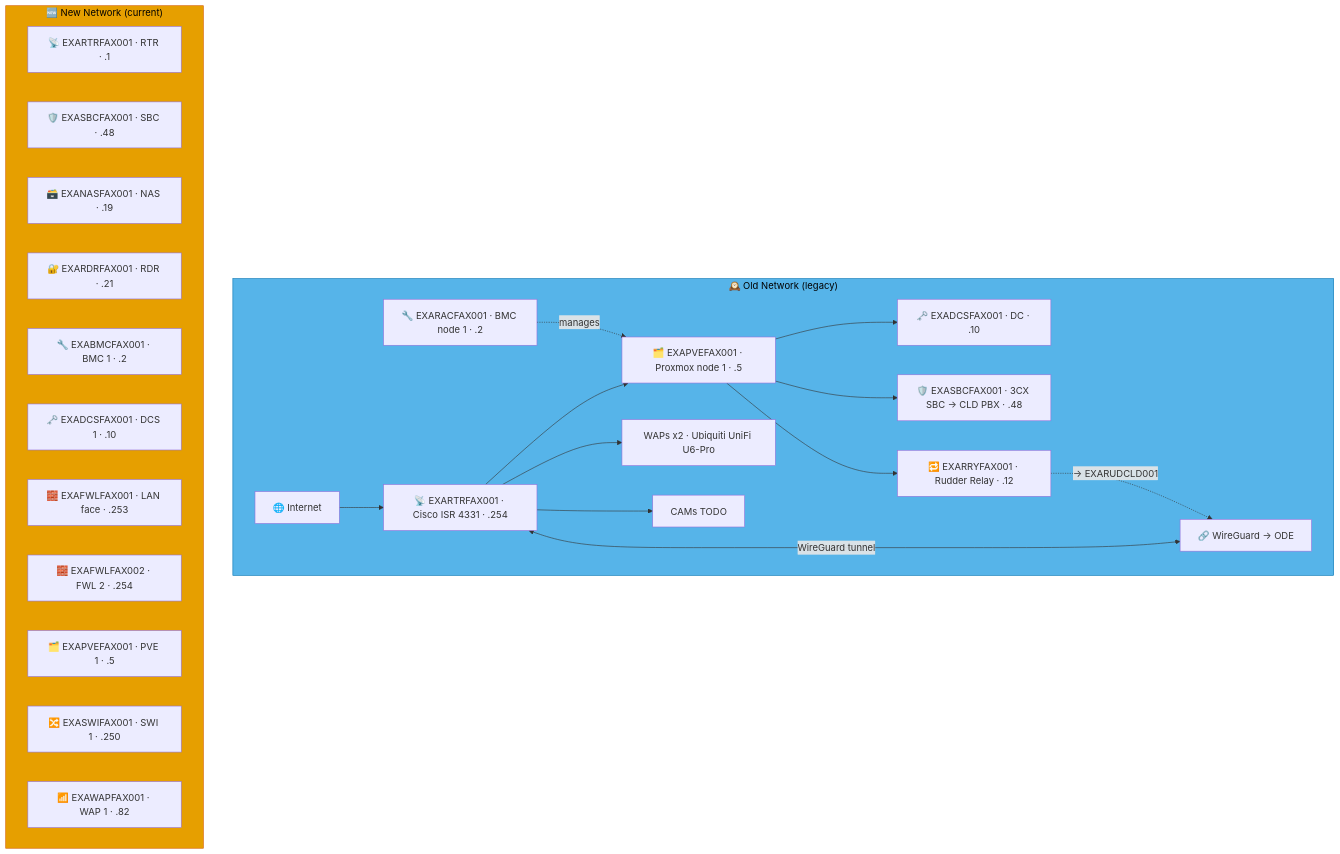
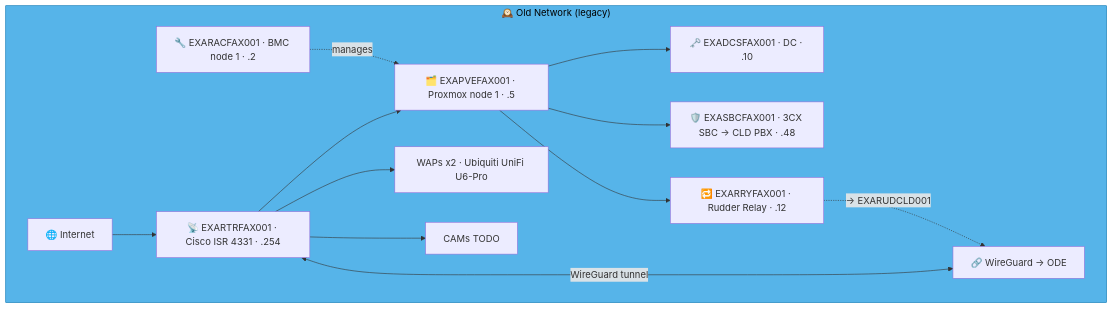
The seventh of 18 diagrams in docs/network-diagram/danmark.md (knightmare2600/example_music_infra), drawn with Mermaid before and after one commit. The commit also changed other lines of this file and 35 other files, not shown here.

````diff
--- a/docs/network-diagram/danmark.md
+++ b/docs/network-diagram/danmark.md
@@ -225,40 +288,24 @@
 ```mermaid
 graph TD
     subgraph OLD_FAX ["🕰️ Old Network (legacy)"]
       INET["🌐 Internet"]
       RTR["📡 EXARTRFAX001 · Cisco ISR 4331 · .254"]
       RAC["🔧 EXARACFAX001 · BMC node 1 · .2"]
       PVE["🗂️ EXAPVEFAX001 · Proxmox node 1 · .5"]
       DC["🗝️ EXADCSFAX001 · DC · .10"]
       SBC["🛡️ EXASBCFAX001 · 3CX SBC → CLD PBX · .48"]
       RRY["🔁 EXARRYFAX001 · Rudder Relay · .12"]
       WAP["WAPs x2 · Ubiquiti UniFi U6-Pro"]
       CAM["CAMs TODO"]
       VPN["🔗 WireGuard → ODE"]
 
       INET --> RTR --> PVE --> DC & SBC
       RAC -.->|"manages"| PVE
       RTR --> WAP & CAM
       RTR <-->|"WireGuard tunnel"| VPN
 
       PVE --> RRY
       RRY -. "→ EXARUDCLD001" .-> VPN
     end
     style OLD_FAX fill:#56B4E9,stroke:#0072B2,color:#000000
-    %% GENERATED:NEW-NETWORK:FAX:START
-    subgraph NEW_FAX ["🆕 New Network (current)"]
-      N_RTR["📡 EXARTRFAX001 · RTR · .1"]
-      N_SBC["🛡️ EXASBCFAX001 · SBC · .48"]
-      N_NAS["🗃️ EXANASFAX001 · NAS · .19"]
-      N_RDR["🔐 EXARDRFAX001 · RDR · .21"]
-      N_BMC["🔧 EXABMCFAX001 · BMC 1 · .2"]
-      N_DCS["🗝️ EXADCSFAX001 · DCS 1 · .10"]
-      N_FWL["🧱 EXAFWLFAX001 · LAN face · .253"]
-      N_FWL2["🧱 EXAFWLFAX002 · FWL 2 · .254"]
-      N_PVE["🗂️ EXAPVEFAX001 · PVE 1 · .5"]
-      N_SWI["🔀 EXASWIFAX001 · SWI 1 · .250"]
-      N_WAP["📶 EXAWAPFAX001 · WAP 1 · .82"]
-    end
-    style NEW_FAX fill:#E69F00,stroke:#D55E00,color:#000000
-    %% GENERATED:NEW-NETWORK:FAX:END
 ```
````
